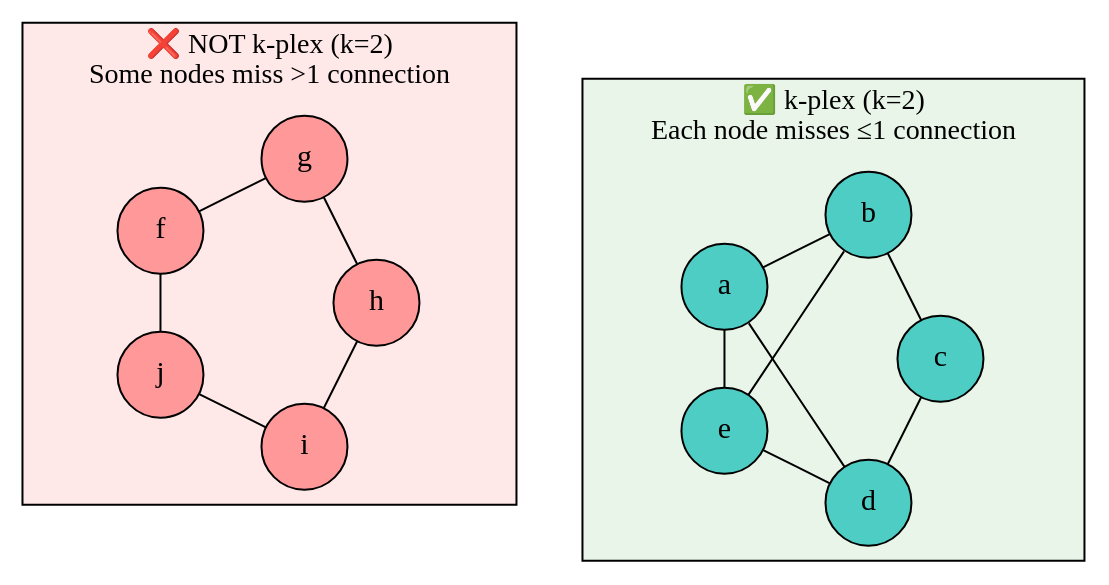
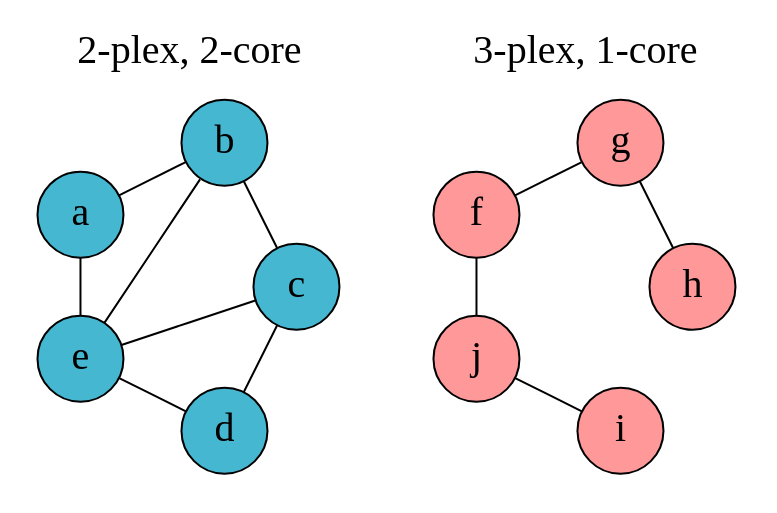
One commit to skojaku/adv-net-sci changed the first of 3 diagrams in docs/lecture-note/m05-clustering/01-concepts.qmd. Above: the diagram before and after it, drawn with Graphviz. The commit also changed other lines of this file and 92 other files, not shown here.

````diff
--- a/docs/lecture-note/m05-clustering/01-concepts.qmd
+++ b/docs/lecture-note/m05-clustering/01-concepts.qmd
@@ -58,49 +66,53 @@
 ```{dot}
 //| fig-width: 6
 //| fig-height: 3
 //| fig-align: center
 
 graph G {
     layout=fdp;
-    node [shape=circle, style=filled, fontsize=15, width=0.6];
+    node [shape=circle, style=filled, fontsize=20, width=0.6];
     edge [len=1.5];
 
-    // k-plex: qualifies (2-plex allows each node to miss 1 connection)
-    subgraph cluster_kplex {
-        label="✅ k-plex (k=2)\nEach node misses ≤1 connection";
-        style=filled;
-        fillcolor="#e8f5e8";
+    // ρ-dense: qualifies (has 8/10 = 80% > 75% threshold)
+    subgraph cluster_dense {
+        label=" 2-plex, 2-core";
+        #style=filled;
+        #fillcolor="#e8f5e8";
+        fontsize=20;
+        peripheries=0;
 
-        a [pos="0.5,2.5!", fillcolor="#4ecdc4"];
-        b [pos="1.5,3!", fillcolor="#4ecdc4"];
-        c [pos="2,2!", fillcolor="#4ecdc4"];
-        d [pos="1.5,1!", fillcolor="#4ecdc4"];
-        e [pos="0.5,1.5!", fillcolor="#4ecdc4"];
+        a [pos="0.5,2.5!", fillcolor="#45b7d1"];
+        b [pos="1.5,3!", fillcolor="#45b7d1"];
+        c [pos="2,2!", fillcolor="#45b7d1"];
+        d [pos="1.5,1!", fillcolor="#45b7d1"];
+        e [pos="0.5,1.5!", fillcolor="#45b7d1"];
 
-        a -- b; a -- d; a -- e;
+        a -- b; a -- e;
         b -- c; b -- e;
-        c -- d;
+        c -- d; c -- e;
         d -- e;
-        // Each node connected to 3 out of 4 others (misses exactly 1)
+        // Missing: a -- c, b -- d (has 8 out of 10 possible edges = 80%)
     }
 
-    // Almost k-plex: does not qualify (some nodes miss >1 connections)
-    subgraph cluster_not_kplex {
-        label="❌ NOT k-plex (k=2)\nSome nodes miss >1 connection";
-        style=filled;
-        fillcolor="#ffe8e8";
+    // Not ρ-dense: fails (has 4/10 = 40% < 75% threshold)
+    subgraph cluster_not_dense {
+        label="3-plex, 1-core";
+        #style=filled;
+        #fillcolor="#ffe8e8";
+        fontsize=20;
+        peripheries=0;
 
         f [pos="5.5,2.5!", fillcolor="#ff9999"];
         g [pos="6.5,3!", fillcolor="#ff9999"];
         h [pos="7,2!", fillcolor="#ff9999"];
         i [pos="6.5,1!", fillcolor="#ff9999"];
         j [pos="5.5,1.5!", fillcolor="#ff9999"];
 
-        f -- g; f -- j;
+        f -- g;
         g -- h;
-        h -- i;
         i -- j;
-        // Node f misses 2 connections (to h, i), violating k=2 constraint
+        j -- f;
+        // Missing 6 edges: has only 4 out of 10 possible edges = 40%
     }
 }
 ```
````
